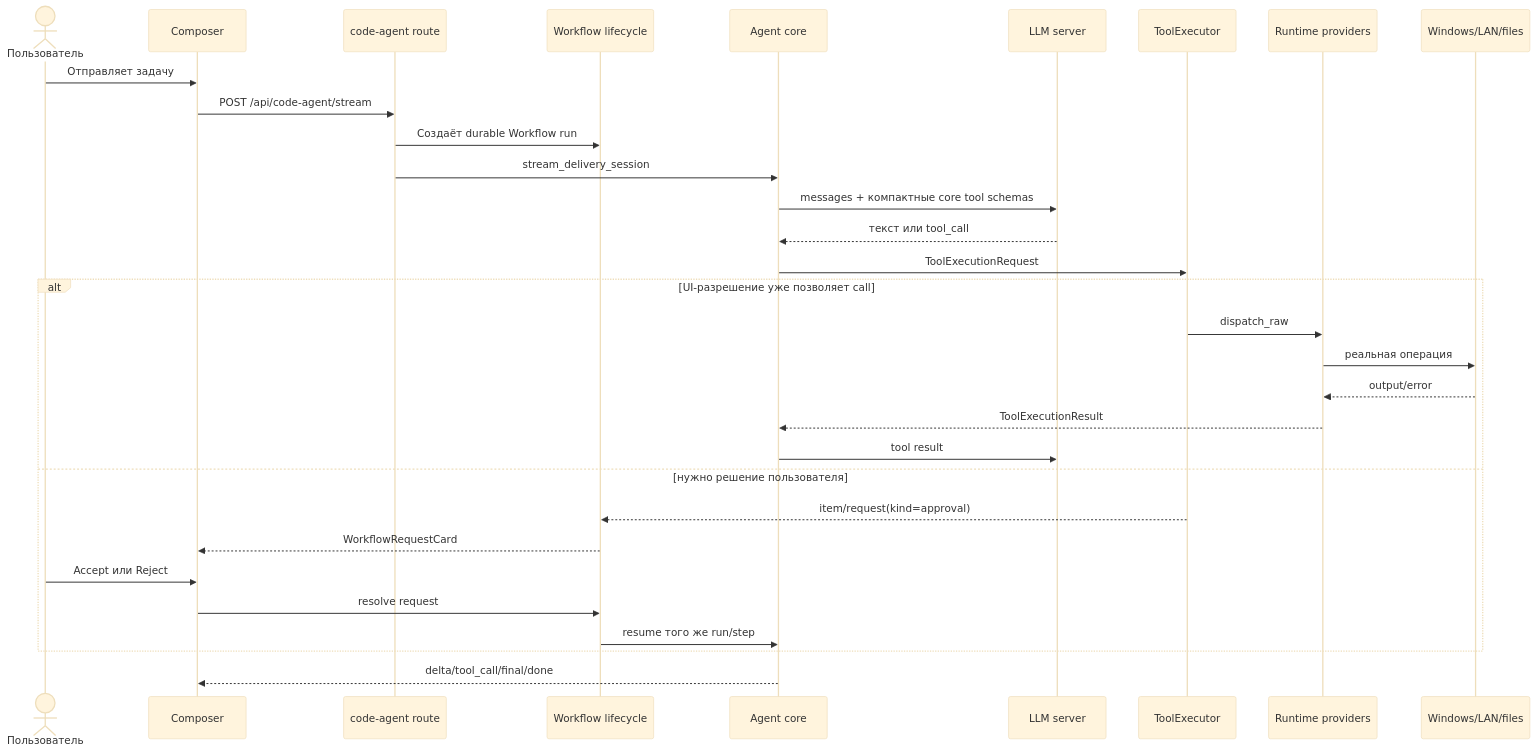
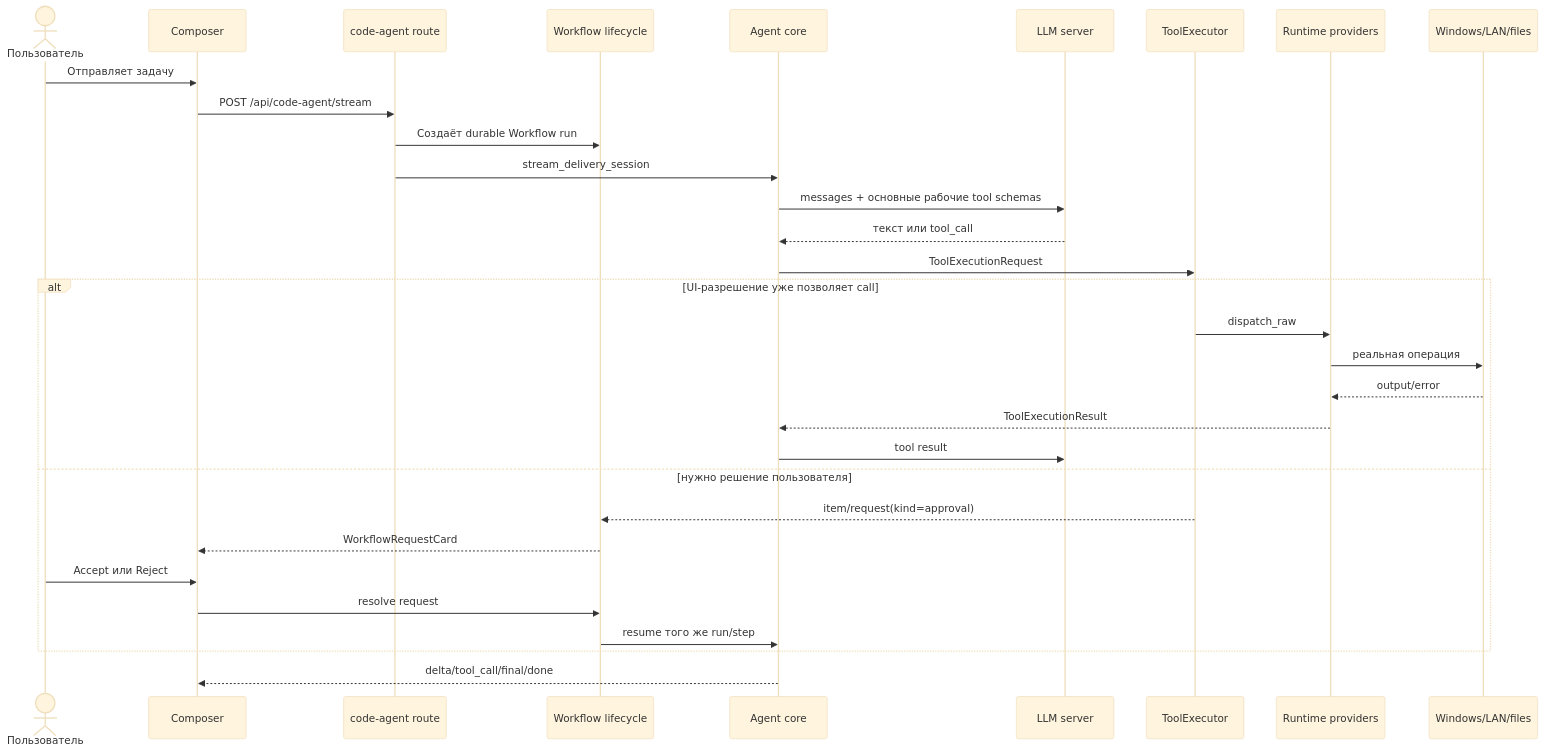
The diagram in docs/AGENT_ARCHITECTURE_GUIDE_RU.md (johnivanov092-glitch/Elira_AI), drawn with Mermaid (base theme) before and after one commit. The commit also changed other lines of this file and 89 other files, not shown here.

````diff
--- a/docs/AGENT_ARCHITECTURE_GUIDE_RU.md
+++ b/docs/AGENT_ARCHITECTURE_GUIDE_RU.md
@@ -80,34 +80,34 @@
 ```mermaid
 sequenceDiagram
     actor U as Пользователь
     participant UI as Composer
     participant API as code-agent route
     participant WF as Workflow lifecycle
     participant A as Agent core
     participant L as LLM server
     participant E as ToolExecutor
     participant R as Runtime providers
     participant OS as Windows/LAN/files
 
     U->>UI: Отправляет задачу
     UI->>API: POST /api/code-agent/stream
     API->>WF: Создаёт durable Workflow run
     API->>A: stream_delivery_session
-    A->>L: messages + компактные core tool schemas
+    A->>L: messages + основные рабочие tool schemas
     L-->>A: текст или tool_call
     A->>E: ToolExecutionRequest
     alt UI-разрешение уже позволяет call
         E->>R: dispatch_raw
         R->>OS: реальная операция
         OS-->>R: output/error
         R-->>A: ToolExecutionResult
         A->>L: tool result
     else нужно решение пользователя
         E-->>WF: item/request(kind=approval)
         WF-->>UI: WorkflowRequestCard
         U->>UI: Accept или Reject
         UI->>WF: resolve request
         WF->>A: resume того же run/step
     end
     A-->>UI: delta/tool_call/final/done
 ```
````
